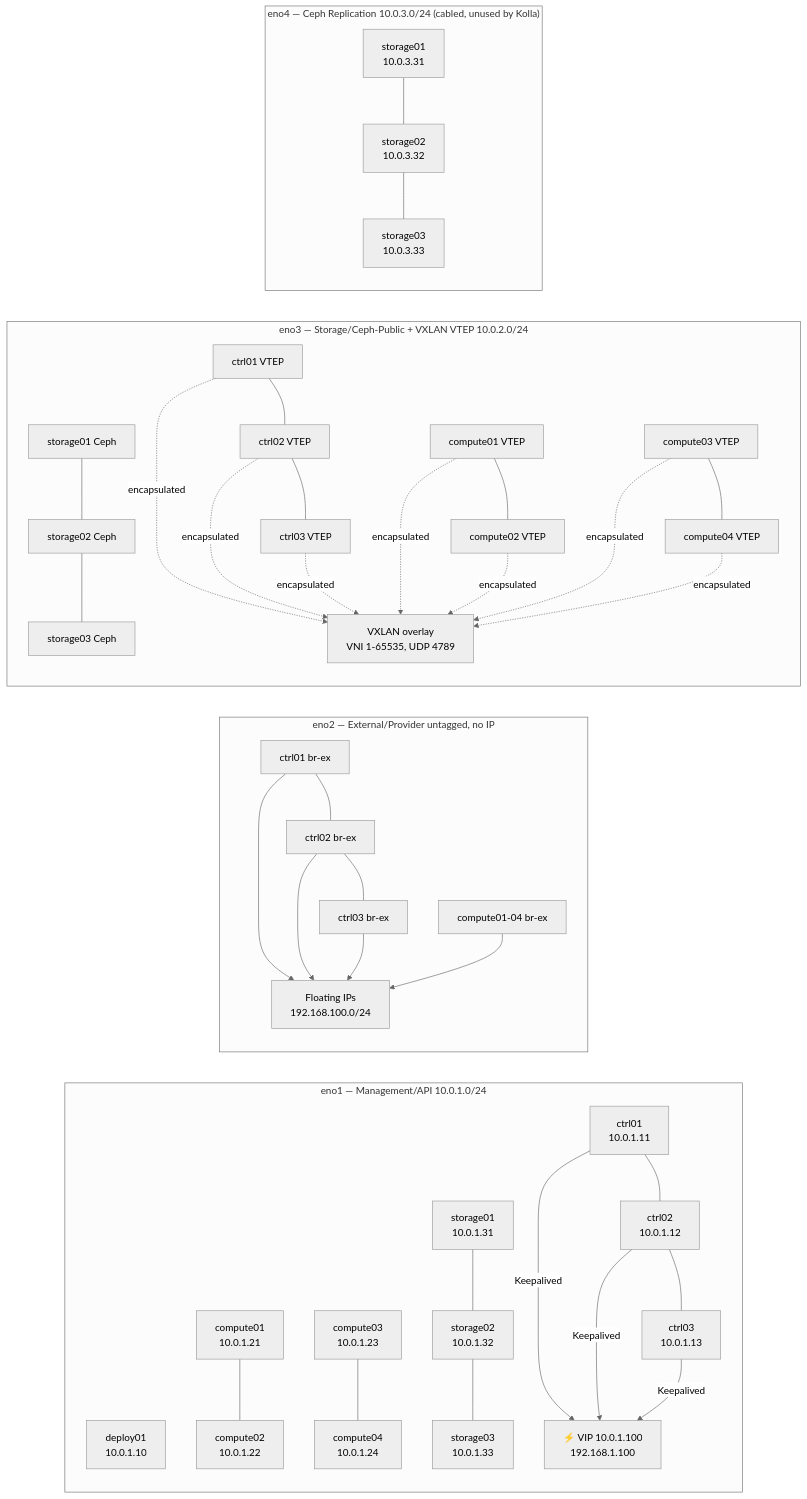
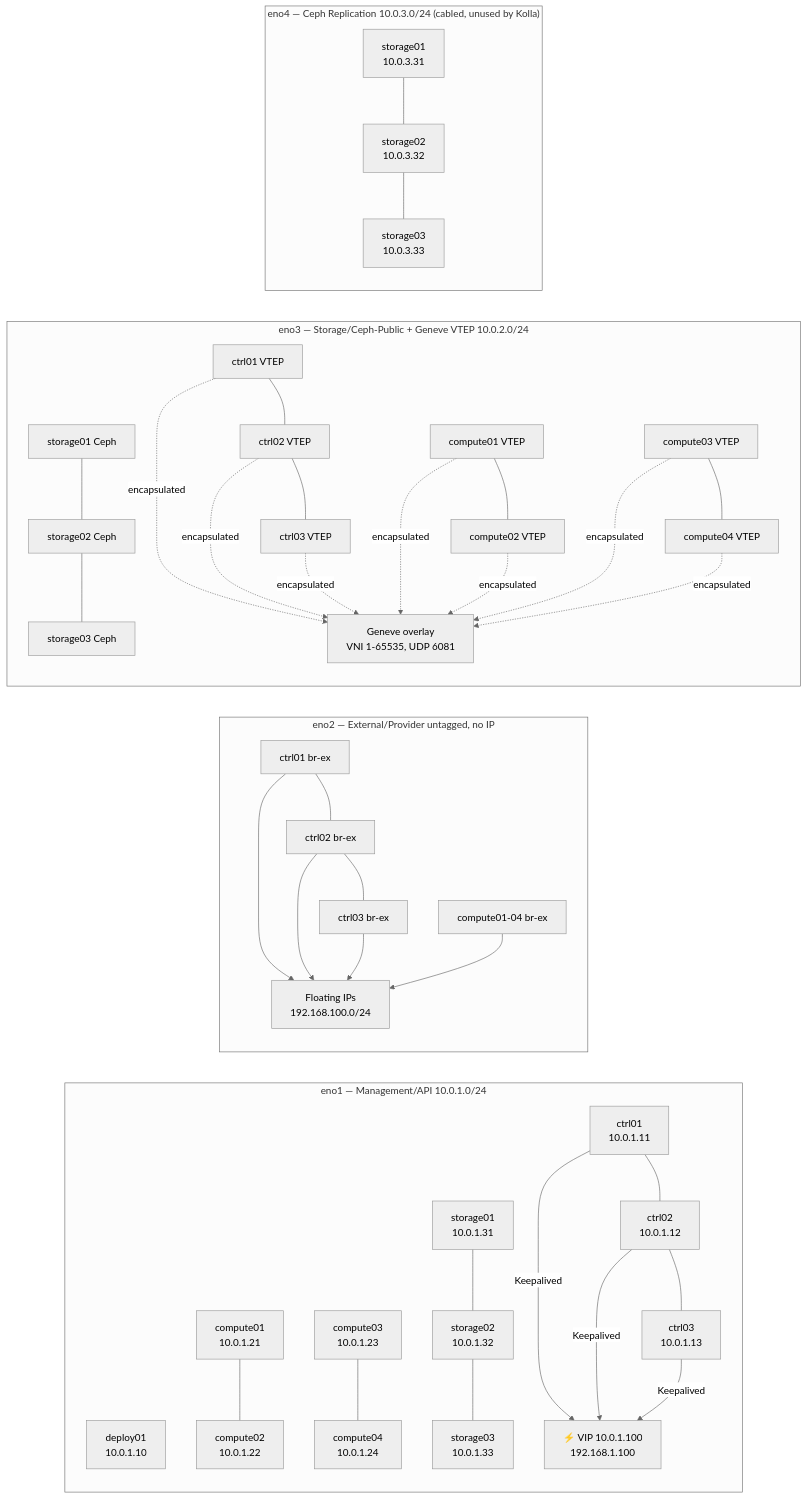
One commit to rashesh91/openstack-kolla-deploy changed the diagram in docs/network-topology.md. Above: the diagram before and after it, drawn with Mermaid (neutral theme). The commit also changed other lines of this file and 7 other files, not shown here.

````diff
--- a/docs/network-topology.md
+++ b/docs/network-topology.md
@@ -161,36 +159,36 @@
 ```mermaid
 graph LR
     subgraph eno1["eno1 — Management/API  10.0.1.0/24"]
         direction TB
         D[deploy01\n10.0.1.10]
         C1[ctrl01\n10.0.1.11] --- C2[ctrl02\n10.0.1.12] --- C3[ctrl03\n10.0.1.13]
         N1[compute01\n10.0.1.21] --- N2[compute02\n10.0.1.22]
         N3[compute03\n10.0.1.23] --- N4[compute04\n10.0.1.24]
         S1[storage01\n10.0.1.31] --- S2[storage02\n10.0.1.32] --- S3[storage03\n10.0.1.33]
         VIP["⚡ VIP 10.0.1.100\n192.168.1.100"]
         C1 & C2 & C3 -->|Keepalived| VIP
     end
 
     subgraph eno2["eno2 — External/Provider  untagged, no IP"]
         direction TB
         brex1[ctrl01 br-ex] --- brex2[ctrl02 br-ex] --- brex3[ctrl03 br-ex]
         brexC[compute01-04 br-ex]
         FIP["Floating IPs\n192.168.100.0/24"]
         brex1 & brex2 & brex3 & brexC --> FIP
     end
 
-    subgraph eno3["eno3 — Storage/Ceph-Public + VXLAN VTEP  10.0.2.0/24"]
+    subgraph eno3["eno3 — Storage/Ceph-Public + Geneve VTEP  10.0.2.0/24"]
         direction TB
         TC1[ctrl01 VTEP] --- TC2[ctrl02 VTEP] --- TC3[ctrl03 VTEP]
         TN1[compute01 VTEP] --- TN2[compute02 VTEP]
         TN3[compute03 VTEP] --- TN4[compute04 VTEP]
         TS1[storage01 Ceph] --- TS2[storage02 Ceph] --- TS3[storage03 Ceph]
-        VXLAN["VXLAN overlay\nVNI 1-65535, UDP 4789"]
-        TC1 & TC2 & TC3 & TN1 & TN2 & TN3 & TN4 -.->|encapsulated| VXLAN
+        GENEVE["Geneve overlay\nVNI 1-65535, UDP 6081"]
+        TC1 & TC2 & TC3 & TN1 & TN2 & TN3 & TN4 -.->|encapsulated| GENEVE
     end
 
     subgraph eno4["eno4 — Ceph Replication  10.0.3.0/24  (cabled, unused by Kolla)"]
         direction TB
         RS1[storage01\n10.0.3.31] --- RS2[storage02\n10.0.3.32] --- RS3[storage03\n10.0.3.33]
     end
 ```
````
